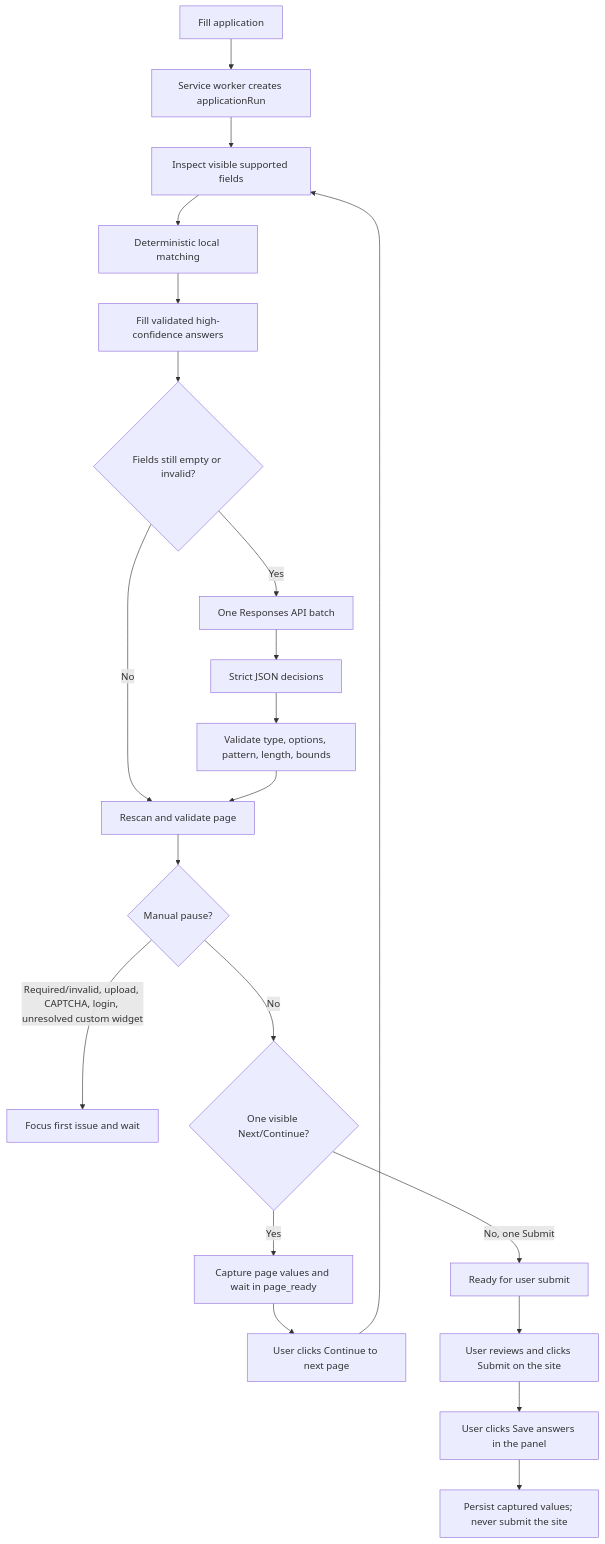
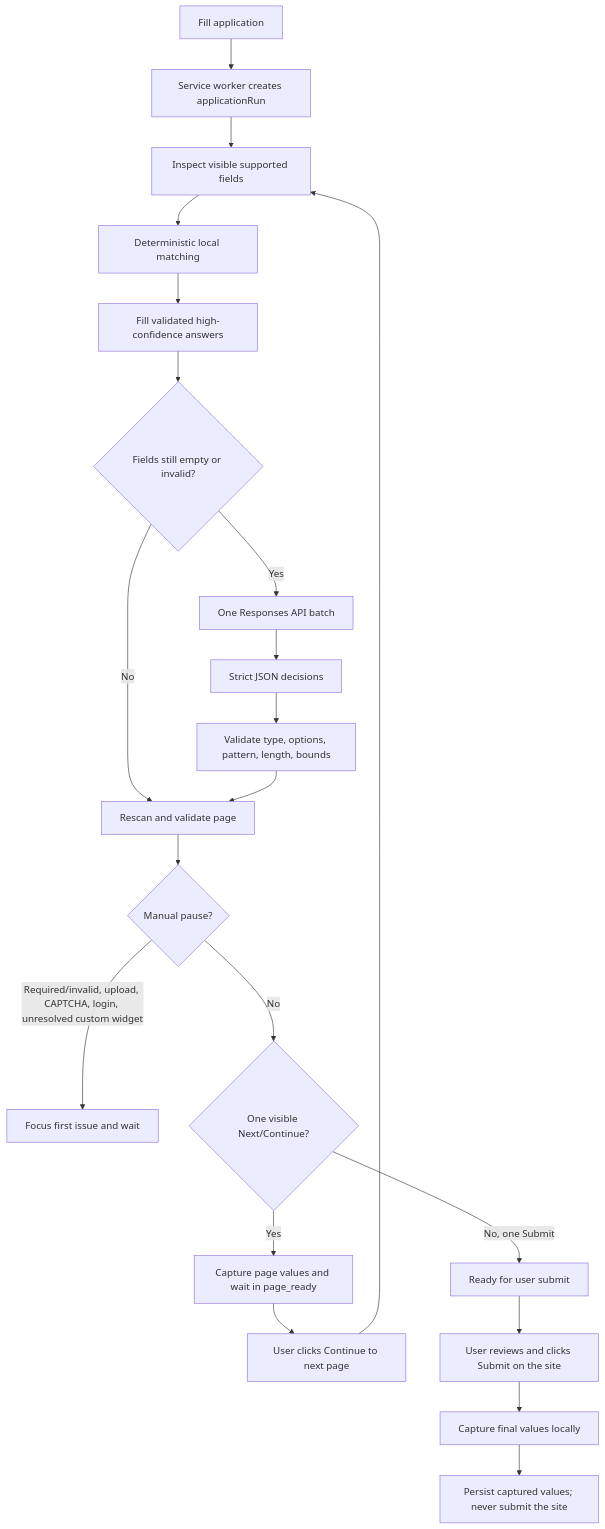
The first of 3 diagrams in README.md (humandotlearning/job-application-autofill-extension), drawn with Mermaid before and after one commit. The commit also changed other lines of this file and 12 other files, not shown here.

Commit message:
feat: save final application submissions

````diff
--- a/README.md
+++ b/README.md
@@ -19,23 +19,23 @@
 ```mermaid
 flowchart TD
     A[Fill application] --> B[Service worker creates applicationRun]
     B --> C[Inspect visible supported fields]
     C --> D[Deterministic local matching]
     D --> E[Fill validated high-confidence answers]
     E --> F{Fields still empty or invalid?}
     F -->|No| G[Rescan and validate page]
     F -->|Yes| H[One Responses API batch]
     H --> I[Strict JSON decisions]
     I --> J[Validate type, options, pattern, length, bounds]
     J --> G
     G --> K{Manual pause?}
     K -->|Required/invalid, upload, CAPTCHA, login, unresolved custom widget| L[Focus first issue and wait]
     K -->|No| M{One visible Next/Continue?}
     M -->|Yes| N[Capture page values and wait in page_ready]
     N --> O[User clicks Continue to next page]
     O --> C
     M -->|No, one Submit| P[Ready for user submit]
     P --> Q[User reviews and clicks Submit on the site]
-    Q --> R[User clicks Save answers in the panel]
+    Q --> R[Capture final values locally]
     R --> S[Persist captured values; never submit the site]
 ```
````
